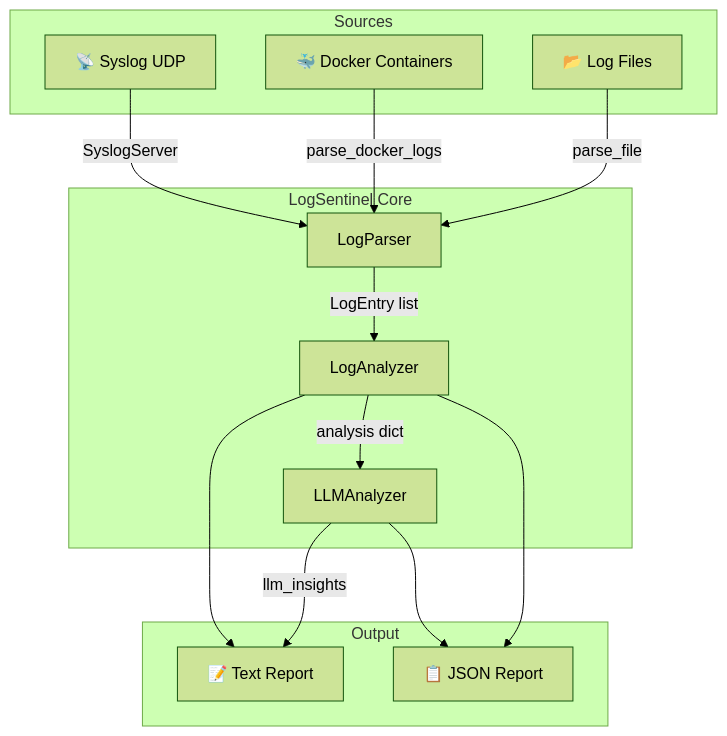
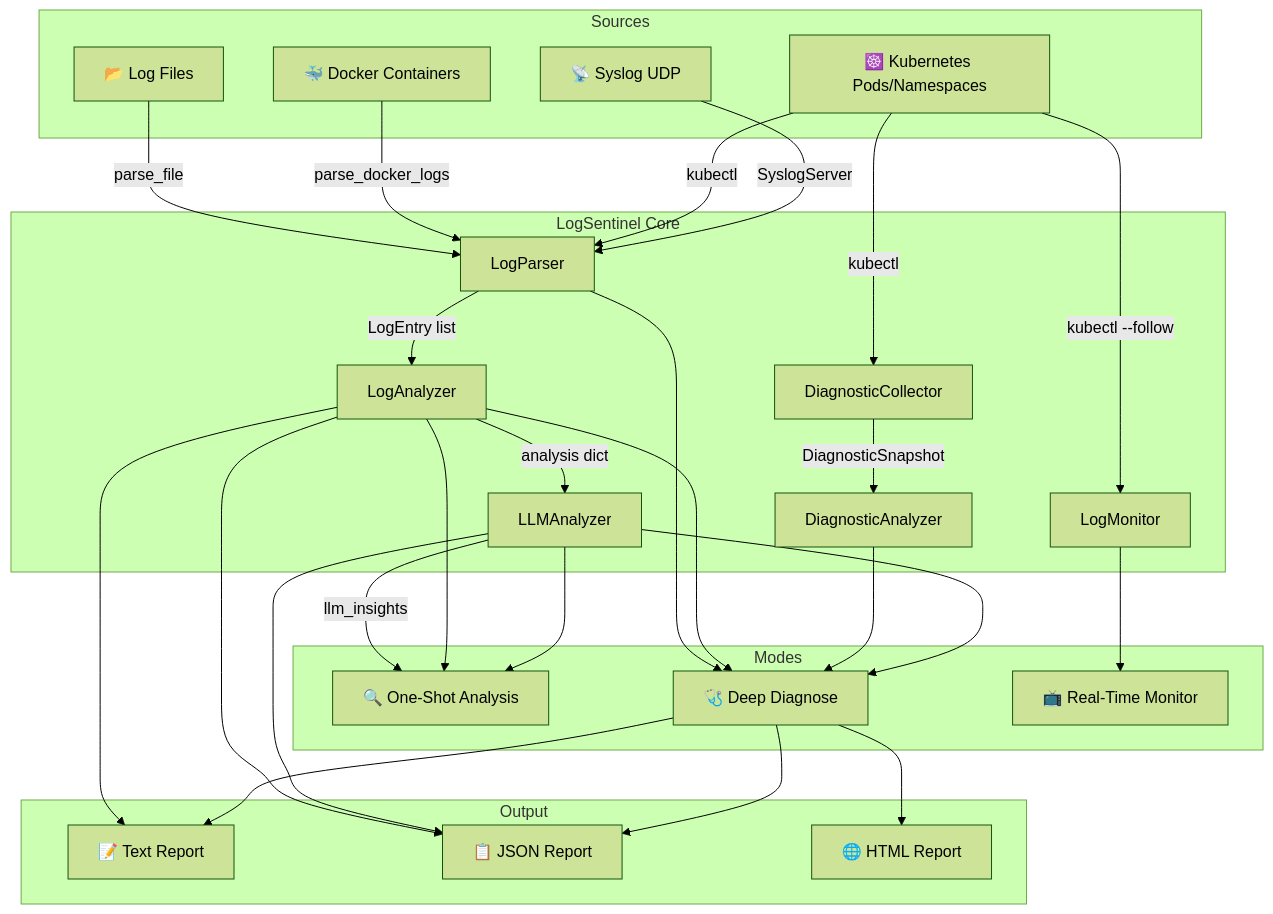
One commit to dablon/logsentinel changed the first of 3 diagrams in README.md. Above: the diagram before and after it, drawn with Mermaid (forest theme). The commit also changed other lines of this file, not shown here.

Commit message:
feat: enhance Kubernetes monitoring and diagnosis capabilities in README

````diff
--- a/README.md
+++ b/README.md
@@ -48,30 +51,57 @@
 ```mermaid
 graph TD
     subgraph Sources
         F[📂 Log Files]
         D[🐳 Docker Containers]
+        K[☸️ Kubernetes Pods/Namespaces]
         S[📡 Syslog UDP]
+    end
+
+    subgraph Modes
+        SCAN[🔍 One-Shot Analysis]
+        DIAG[🩺 Deep Diagnose]
+        MON[📺 Real-Time Monitor]
     end
 
     subgraph Core["LogSentinel Core"]
         P[LogParser]
         A[LogAnalyzer]
         L[LLMAnalyzer]
+        DC[DiagnosticCollector]
+        DA[DiagnosticAnalyzer]
+        LM[LogMonitor]
     end
 
     subgraph Output
         T[📝 Text Report]
         J[📋 JSON Report]
+        H[🌐 HTML Report]
     end
 
     F -->|parse_file| P
     D -->|parse_docker_logs| P
+    K -->|kubectl| P
     S -->|SyslogServer| P
 
     P -->|LogEntry list| A
     A -->|analysis dict| L
-    L -->|llm_insights| T
+    L -->|llm_insights| SCAN
+    A --> SCAN
+    L --> SCAN
     A --> T
     A --> J
     L --> J
+
+    K -->|kubectl| DC
+    DC -->|DiagnosticSnapshot| DA
+    P --> DIAG
+    A --> DIAG
+    DA --> DIAG
+    L --> DIAG
+    DIAG --> H
+    DIAG --> T
+    DIAG --> J
+
+    K -->|kubectl --follow| LM
+    LM --> MON
 ```
````
